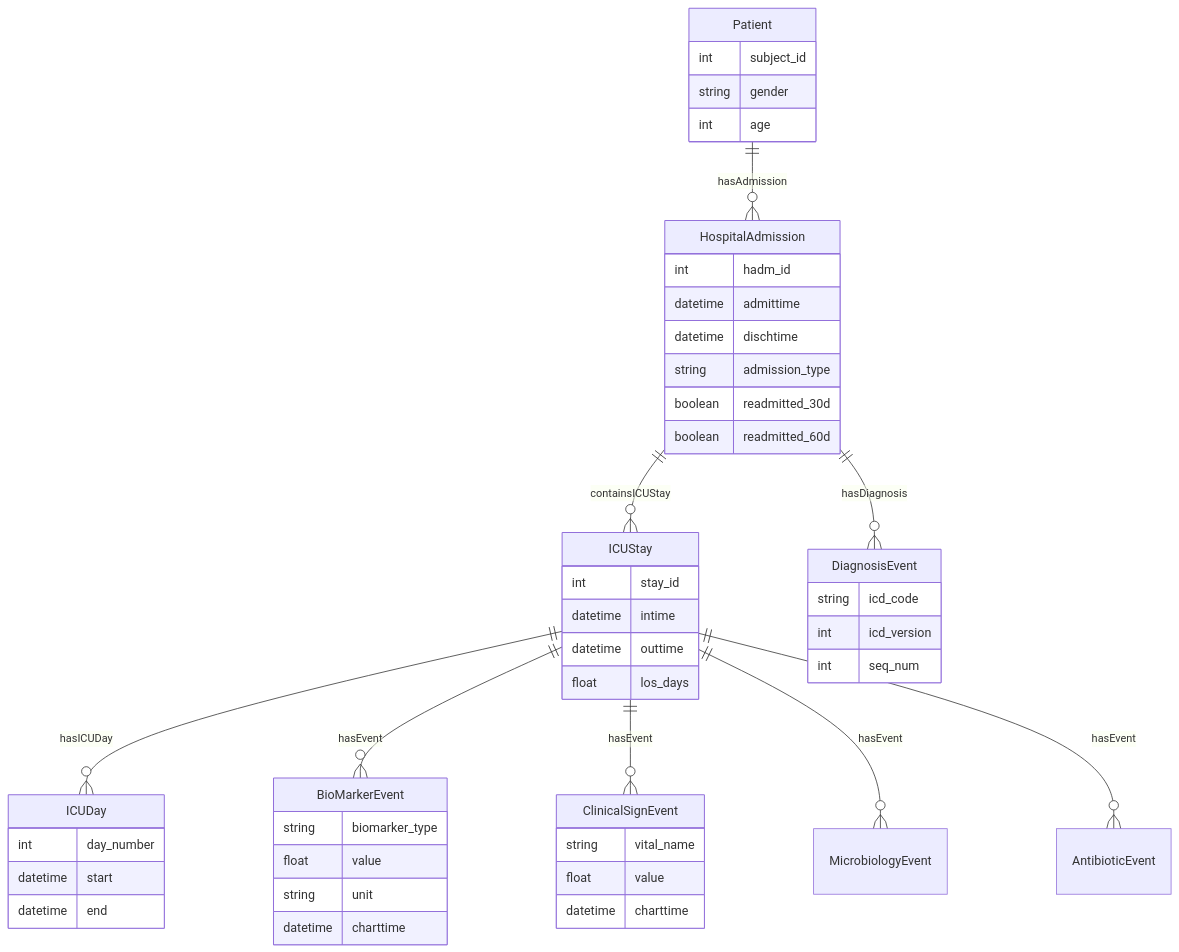
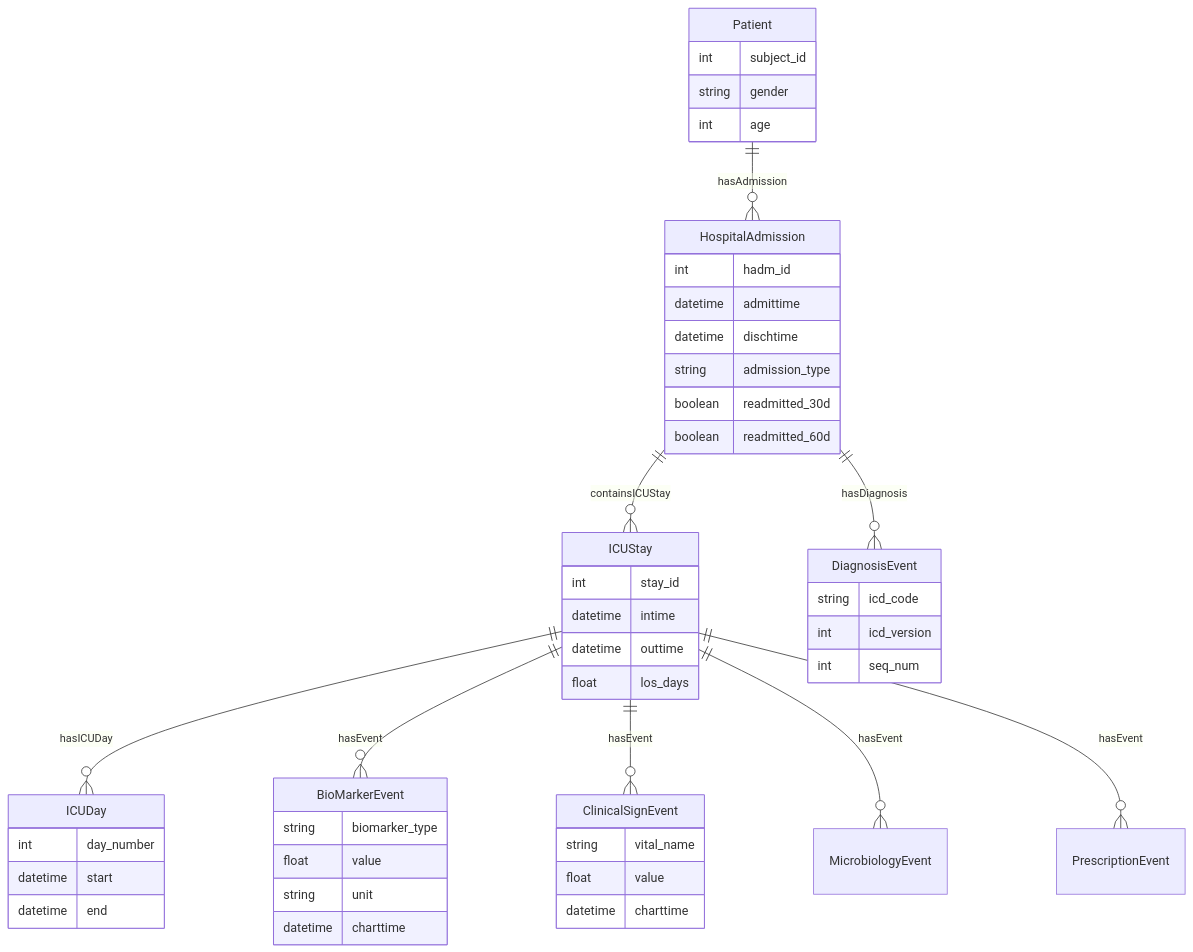
Before and after one commit to Zacharyr41/readmission_predictor_mimic: the seventh of 9 diagrams in docs/architecture.md, drawn with Mermaid. The commit also changed 15 other files, not shown here.

````diff
--- a/docs/architecture.md
+++ b/docs/architecture.md
@@ -310,57 +310,57 @@
 ```mermaid
 erDiagram
     Patient ||--o{ HospitalAdmission : hasAdmission
     Patient {
         int subject_id
         string gender
         int age
     }
 
     HospitalAdmission ||--o{ ICUStay : containsICUStay
     HospitalAdmission ||--o{ DiagnosisEvent : hasDiagnosis
     HospitalAdmission {
         int hadm_id
         datetime admittime
         datetime dischtime
         string admission_type
         boolean readmitted_30d
         boolean readmitted_60d
     }
 
     ICUStay ||--o{ ICUDay : hasICUDay
     ICUStay ||--o{ BioMarkerEvent : hasEvent
     ICUStay ||--o{ ClinicalSignEvent : hasEvent
     ICUStay ||--o{ MicrobiologyEvent : hasEvent
-    ICUStay ||--o{ AntibioticEvent : hasEvent
+    ICUStay ||--o{ PrescriptionEvent : hasEvent
     ICUStay {
         int stay_id
         datetime intime
         datetime outtime
         float los_days
     }
 
     ICUDay {
         int day_number
         datetime start
         datetime end
     }
 
     BioMarkerEvent {
         string biomarker_type
         float value
         string unit
         datetime charttime
     }
 
     ClinicalSignEvent {
         string vital_name
         float value
         datetime charttime
     }
 
     DiagnosisEvent {
         string icd_code
         int icd_version
         int seq_num
     }
 ```
````
